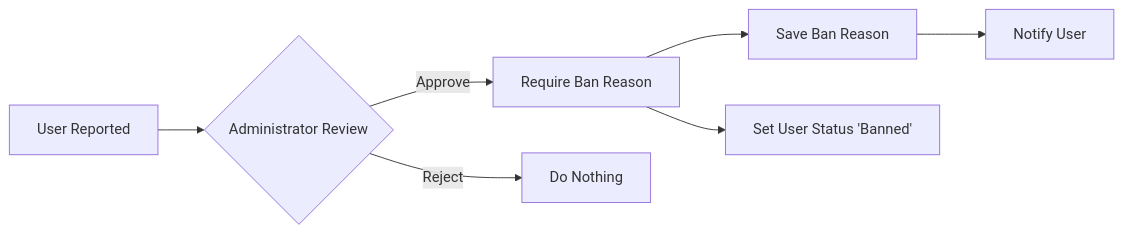
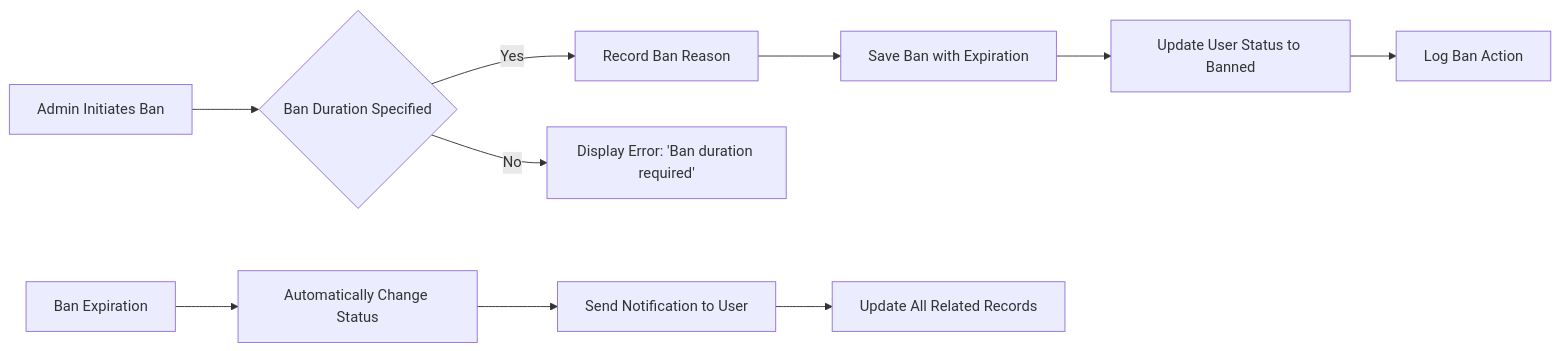
Before and after one commit to wrtnlabs/autobe-examples: the second of 2 diagrams in qwen/qwen3-30b-a3b-thinking-2507/bbs/docs/analysis/09-administration-system.md, drawn with Mermaid. The commit also changed other lines of this file and 11104 other files, not shown here.

````diff
--- a/qwen/qwen3-30b-a3b-thinking-2507/bbs/docs/analysis/09-administration-system.md
+++ b/qwen/qwen3-30b-a3b-thinking-2507/bbs/docs/analysis/09-administration-system.md
@@ -123,9 +216,13 @@
 ```mermaid
 graph LR
-    A[User Reported] --> B{Administrator Review}
-    B -->|Approve| C[Require Ban Reason]
-    B -->|Reject| D[Do Nothing]
-    C --> E[Save Ban Reason]
-    C --> F[Set User Status 'Banned']
-    E --> G[Notify User]
+    A[Admin Initiates Ban] --> B{Ban Duration Specified}
+    B -->|Yes| C[Record Ban Reason]
+    B -->|No| D[Display Error: 'Ban duration required']
+    C --> E[Save Ban with Expiration]
+    E --> F[Update User Status to Banned]
+    F --> G[Log Ban Action]
+
+    I[Ban Expiration] --> J[Automatically Change Status]
+    J --> K[Send Notification to User]
+    K --> L[Update All Related Records]
 ```
````
